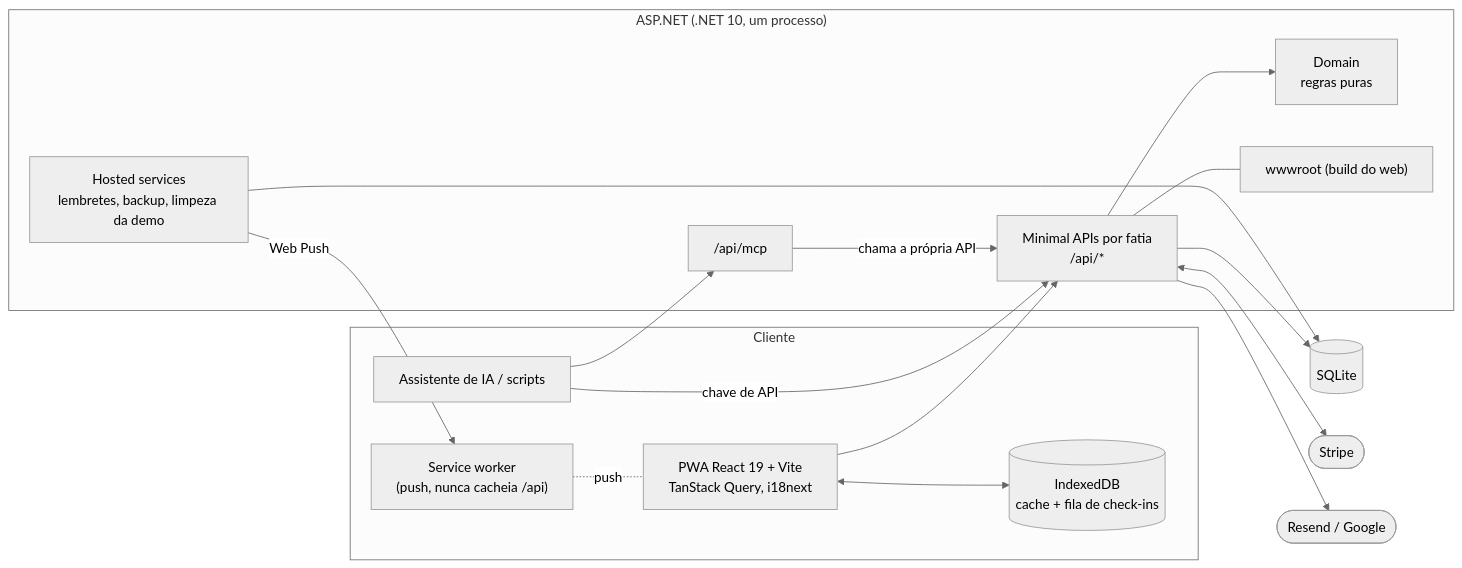
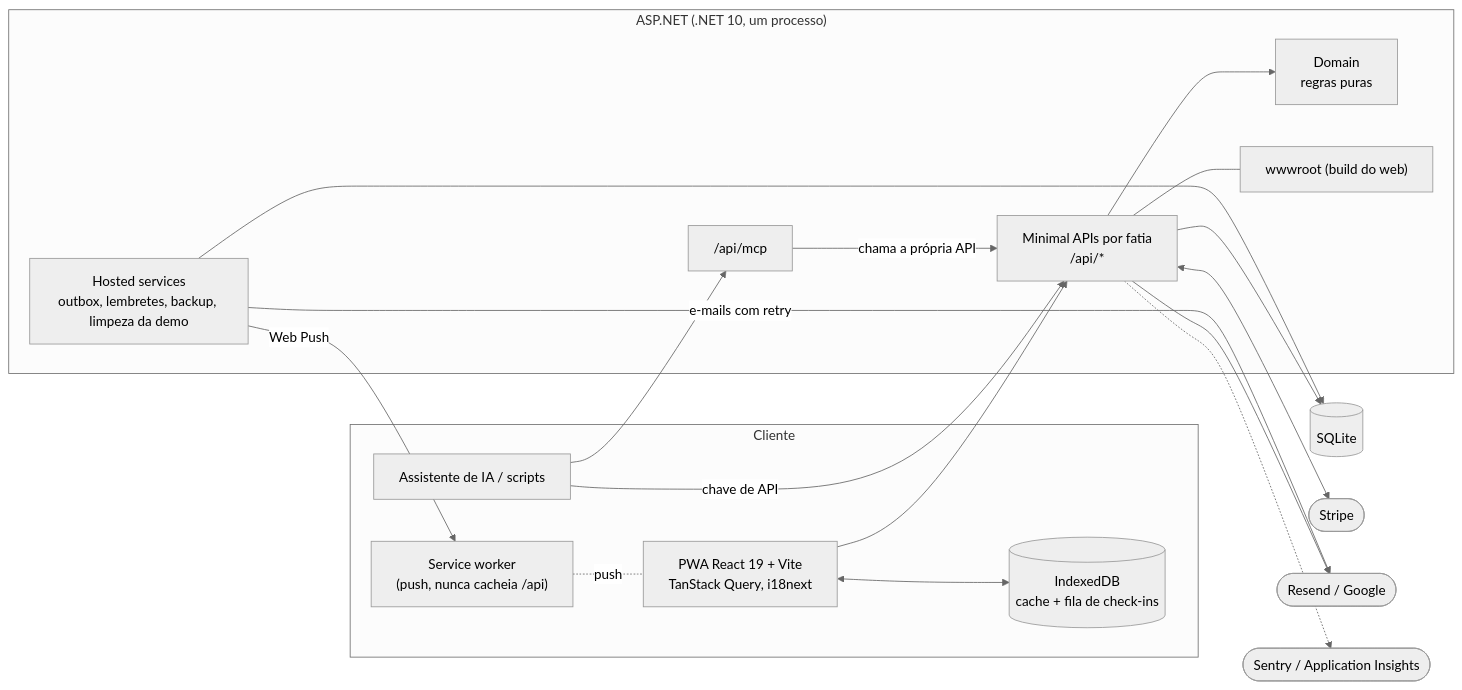
One commit to DaviLuisSantos/arco changed the diagram in README.md. Above: the diagram before and after it, drawn with Mermaid (neutral theme). The commit also changed other lines of this file, not shown here.

````diff
--- a/README.md
+++ b/README.md
@@ -43,32 +43,35 @@
 ```mermaid
 flowchart LR
   subgraph Cliente
     PWA["PWA React 19 + Vite<br/>TanStack Query, i18next"]
     SW["Service worker<br/>(push, nunca cacheia /api)"]
     IDB[("IndexedDB<br/>cache + fila de check-ins")]
     AI["Assistente de IA / scripts"]
   end
   subgraph "ASP.NET (.NET 10, um processo)"
     API["Minimal APIs por fatia<br/>/api/*"]
     MCP["/api/mcp"]
     Dom["Domain<br/>regras puras"]
-    Jobs["Hosted services<br/>lembretes, backup, limpeza da demo"]
+    Jobs["Hosted services<br/>outbox, lembretes, backup, limpeza da demo"]
     Static["wwwroot (build do web)"]
   end
   DB[("SQLite")]
   Stripe(["Stripe"])
   Resend(["Resend / Google"])
+  Obs(["Sentry / Application Insights"])
   PWA --> API
   PWA <--> IDB
   SW -.push.- PWA
   AI -->|"chave de API"| API
   AI --> MCP
   MCP -->|"chama a própria API"| API
   API --> Dom
   API --> DB
   Jobs --> DB
   Jobs -->|"Web Push"| SW
   API <--> Stripe
   API --> Resend
+  Jobs -->|"e-mails com retry"| Resend
+  API -.-> Obs
   API --- Static
 ```
````
